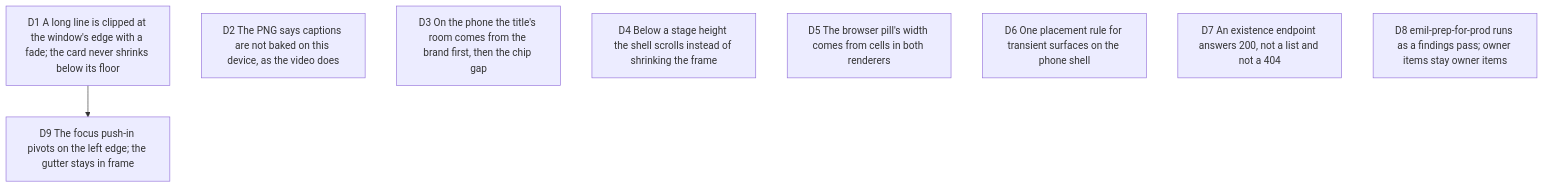
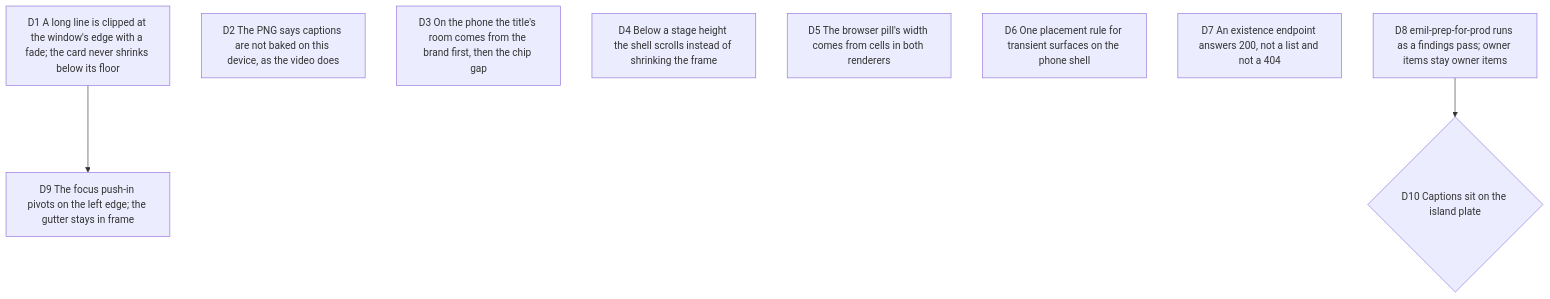
One commit to delhombre/typelapse changed the diagram in docs/decisions/2026-10-07-after-the-gate.md. Above: the diagram before and after it, drawn with Mermaid. The commit also changed other lines of this file and 1 other file, not shown here.

Commit message:
docs(decisions): D10, captions sit on the island plate; STATE, no agent ticket open

````diff
--- a/docs/decisions/2026-10-07-after-the-gate.md
+++ b/docs/decisions/2026-10-07-after-the-gate.md
@@ -11,13 +11,15 @@
 ```mermaid
 flowchart TD
   D1["D1 A long line is clipped at the window's edge with a fade; the card never shrinks below its floor"]
   D2["D2 The PNG says captions are not baked on this device, as the video does"]
   D3["D3 On the phone the title's room comes from the brand first, then the chip gap"]
   D4["D4 Below a stage height the shell scrolls instead of shrinking the frame"]
   D5["D5 The browser pill's width comes from cells in both renderers"]
   D6["D6 One placement rule for transient surfaces on the phone shell"]
   D7["D7 An existence endpoint answers 200, not a list and not a 404"]
   D8["D8 emil-prep-for-prod runs as a findings pass; owner items stay owner items"]
   D9["D9 The focus push-in pivots on the left edge; the gutter stays in frame"]
+  D10{"D10 Captions sit on the island plate"}
   D1 --> D9
+  D8 --> D10
 ```
````
